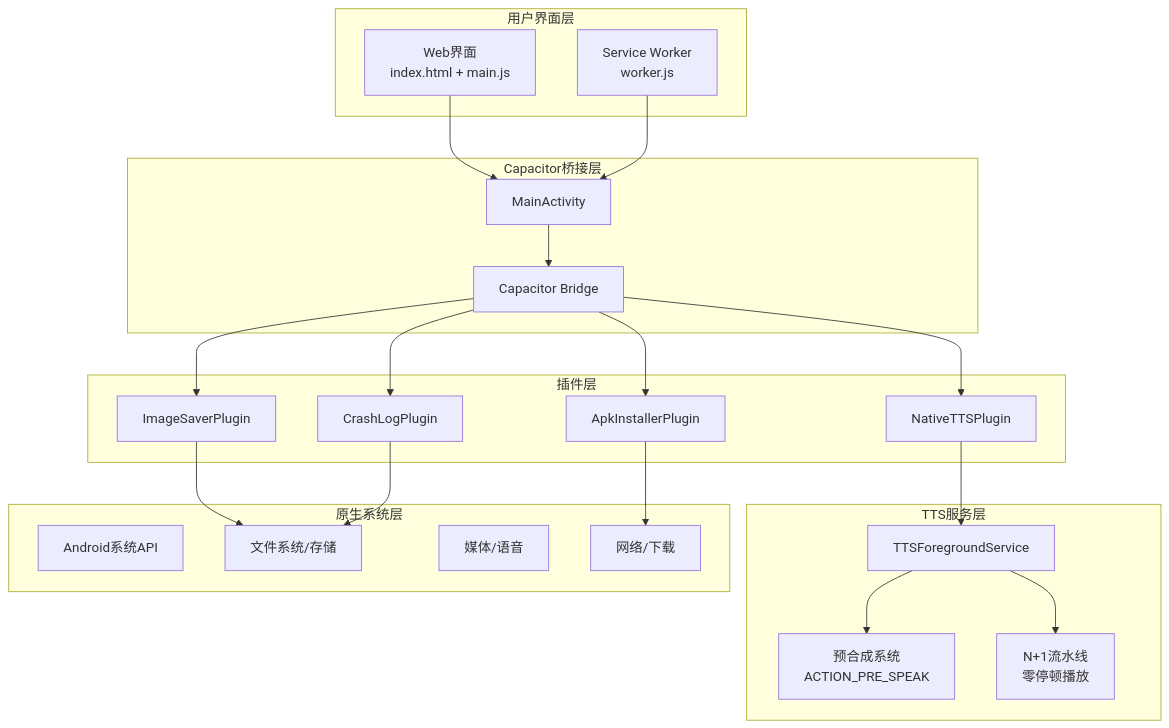
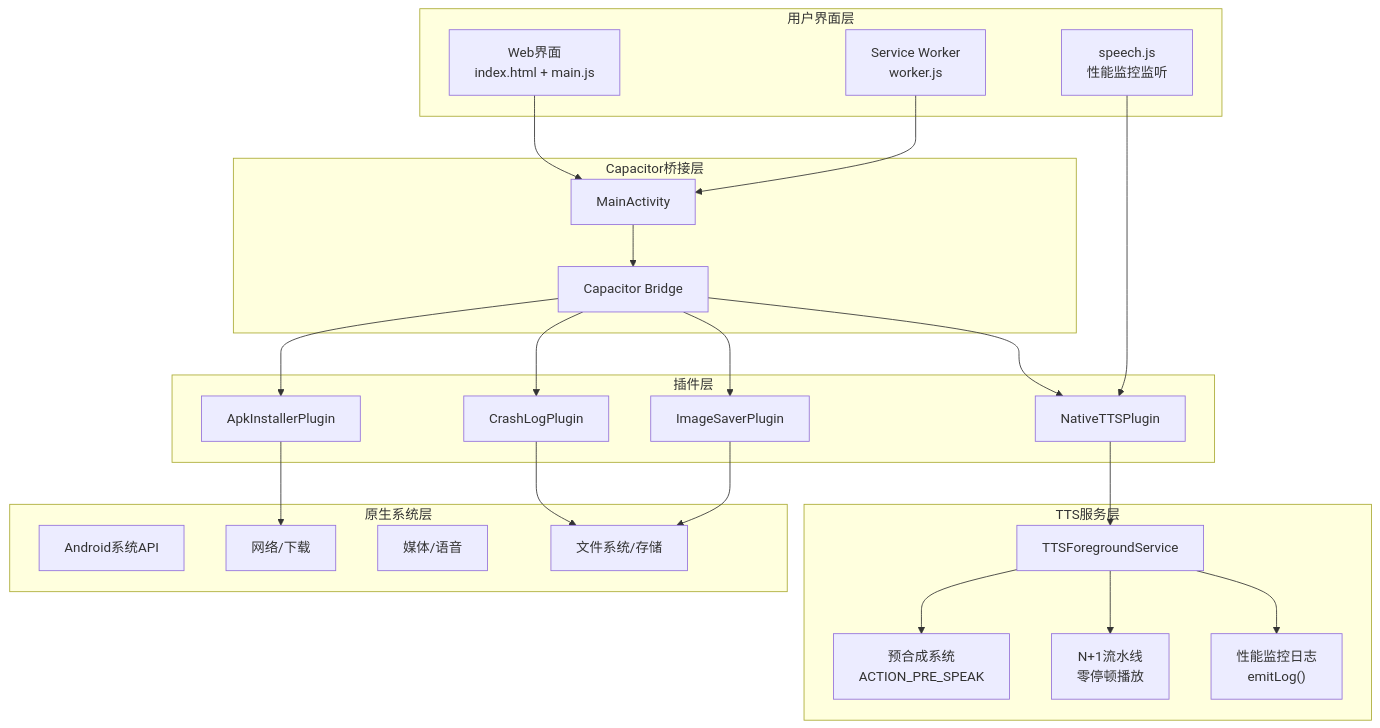
The second of 11 diagrams in .qoder/repowiki/zh/content/移动应用开发/移动应用开发.md (zhao-zg/cx), drawn with Mermaid before and after one commit. The commit also changed other lines of this file and 34 other files, not shown here.

````diff
--- a/.qoder/repowiki/zh/content/移动应用开发/移动应用开发.md
+++ b/.qoder/repowiki/zh/content/移动应用开发/移动应用开发.md
@@ -165,41 +173,45 @@
 ```mermaid
 graph TB
 subgraph "用户界面层"
 WEBUI["Web界面<br/>index.html + main.js"]
 SW["Service Worker<br/>worker.js"]
+SPEECH["speech.js<br/>性能监控监听"]
 end
 subgraph "Capacitor桥接层"
 MAINACT["MainActivity"]
 BRIDGE["Capacitor Bridge"]
 end
 subgraph "插件层"
 APK["ApkInstallerPlugin"]
 CRASH["CrashLogPlugin"]
 IMG["ImageSaverPlugin"]
 TTS["NativeTTSPlugin"]
 end
 subgraph "TTS服务层"
 SERVICE["TTSForegroundService"]
 PRE_SYNTH["预合成系统<br/>ACTION_PRE_SPEAK"]
 PIPELINE["N+1流水线<br/>零停顿播放"]
+PERF_LOG["性能监控日志<br/>emitLog()"]
 end
 subgraph "原生系统层"
 ANDROID["Android系统API"]
 FS["文件系统/存储"]
 MEDIA["媒体/语音"]
 NET["网络/下载"]
 end
 WEBUI --> MAINACT
 SW --> MAINACT
+SPEECH --> TTS
 MAINACT --> BRIDGE
 BRIDGE --> APK
 BRIDGE --> CRASH
 BRIDGE --> IMG
 BRIDGE --> TTS
 APK --> NET
 IMG --> FS
 TTS --> SERVICE
 SERVICE --> PRE_SYNTH
 SERVICE --> PIPELINE
+SERVICE --> PERF_LOG
 CRASH --> FS
 ```
````
